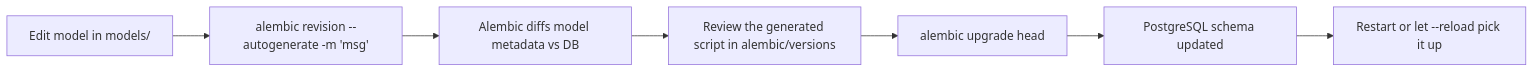
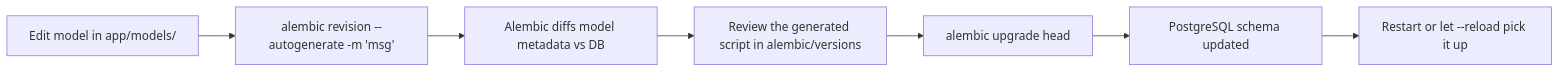
One commit to abhijeetBhale/FastAPI changed the eighth of 8 diagrams in awesome-project/README.md. Above: the diagram before and after it, drawn with Mermaid. The commit also changed other lines of this file and 145 other files, not shown here.

````diff
--- a/awesome-project/README.md
+++ b/awesome-project/README.md
@@ -424,9 +427,9 @@
 ```mermaid
 flowchart LR
-    A[Edit model in models/] --> B["alembic revision --autogenerate -m 'msg'"]
+    A[Edit model in app/models/] --> B["alembic revision --autogenerate -m 'msg'"]
     B --> C[Alembic diffs model metadata vs DB]
     C --> D[Review the generated script in alembic/versions]
     D --> E["alembic upgrade head"]
     E --> F[PostgreSQL schema updated]
     F --> G[Restart or let --reload pick it up]
 ```
````
